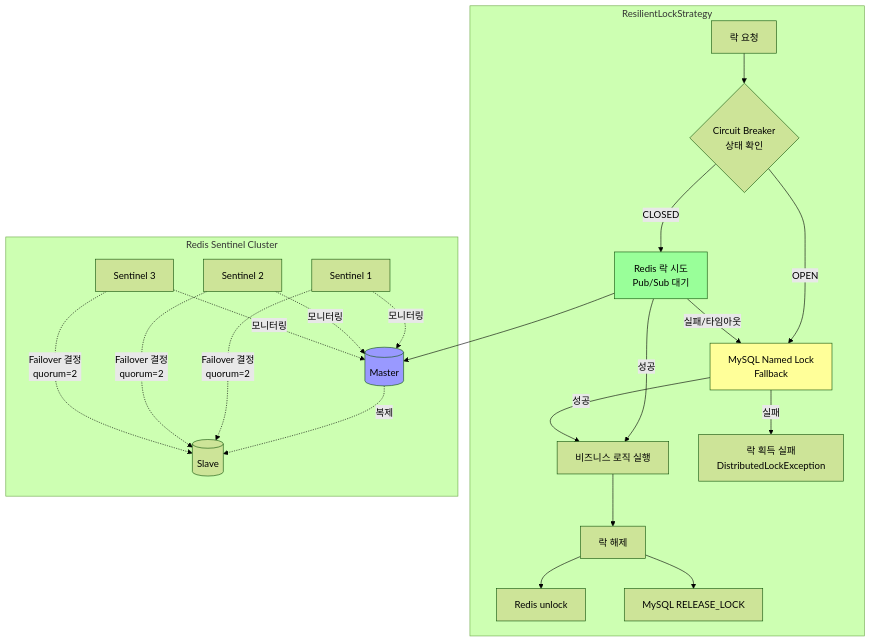
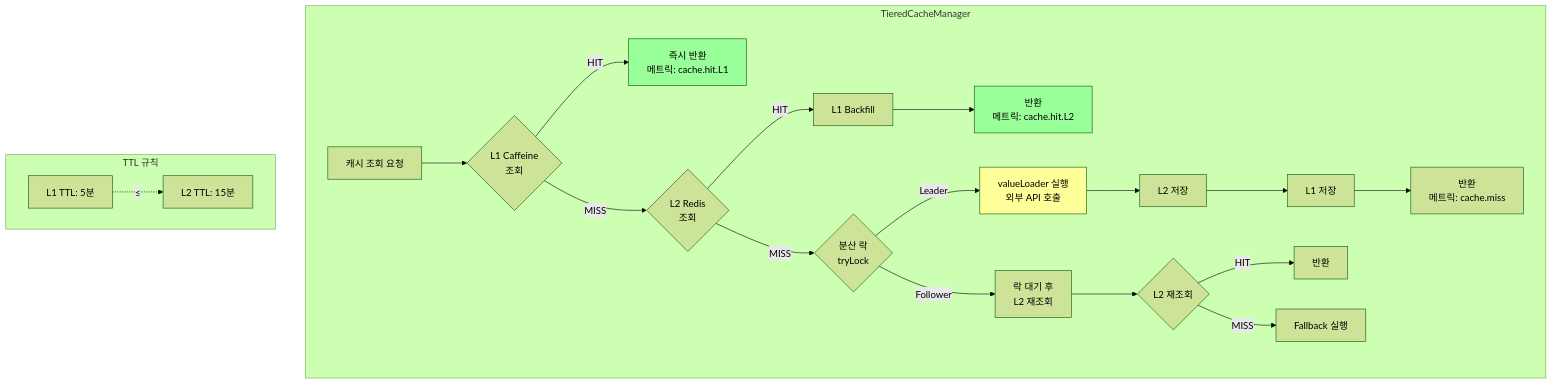
One commit to zbnerd/MapleExpectation changed the third of 7 diagrams in docs/PORTFOLIO.md. Above: the diagram before and after it, drawn with Mermaid (forest theme). The commit also changed other lines of this file and 2 other files, not shown here.

````diff
--- a/docs/PORTFOLIO.md
+++ b/docs/PORTFOLIO.md
@@ -348,37 +292,35 @@
 ```mermaid
 flowchart TD
-    subgraph "ResilientLockStrategy"
-        REQ[락 요청] --> CB{Circuit Breaker<br/>상태 확인}
+    subgraph "TieredCacheManager"
+        REQ[캐시 조회 요청] --> L1{L1 Caffeine<br/>조회}
 
-        CB -->|CLOSED| REDIS[Redis 락 시도<br/>Pub/Sub 대기]
-        CB -->|OPEN| MYSQL[MySQL Named Lock<br/>Fallback]
+        L1 -->|HIT| RETURN_L1[즉시 반환<br/>메트릭: cache.hit.L1]
+        L1 -->|MISS| L2{L2 Redis<br/>조회}
 
-        REDIS -->|성공| TASK[비즈니스 로직 실행]
-        REDIS -->|실패/타임아웃| MYSQL
+        L2 -->|HIT| BACKFILL_L1[L1 Backfill]
+        BACKFILL_L1 --> RETURN_L2[반환<br/>메트릭: cache.hit.L2]
 
-        MYSQL -->|성공| TASK
-        MYSQL -->|실패| REJECT[락 획득 실패<br/>DistributedLockException]
+        L2 -->|MISS| LOCK{분산 락<br/>tryLock}
 
-        TASK --> UNLOCK[락 해제]
-        UNLOCK --> REDIS_UNLOCK[Redis unlock]
-        UNLOCK --> MYSQL_UNLOCK[MySQL RELEASE_LOCK]
+        LOCK -->|Leader| LOAD[valueLoader 실행<br/>외부 API 호출]
+        LOCK -->|Follower| WAIT[락 대기 후<br/>L2 재조회]
+
+        LOAD --> WRITE_L2[L2 저장]
+        WRITE_L2 --> WRITE_L1[L1 저장]
+        WRITE_L1 --> RETURN_NEW[반환<br/>메트릭: cache.miss]
+
+        WAIT --> L2_RETRY{L2 재조회}
+        L2_RETRY -->|HIT| RETURN_WAIT[반환]
+        L2_RETRY -->|MISS| FALLBACK[Fallback 실행]
     end
 
-    subgraph "Redis Sentinel Cluster"
-        MASTER[(Master)]
-        SLAVE[(Slave)]
-        S1[Sentinel 1]
-        S2[Sentinel 2]
-        S3[Sentinel 3]
-
-        MASTER -.->|복제| SLAVE
-        S1 & S2 & S3 -.->|모니터링| MASTER
-        S1 & S2 & S3 -.->|Failover 결정<br/>quorum=2| SLAVE
+    subgraph "TTL 규칙"
+        TTL_L1[L1 TTL: 5분]
+        TTL_L2[L2 TTL: 15분]
+        TTL_L1 -.->|≤| TTL_L2
     end
 
-    REDIS --> MASTER
-
-    style REDIS fill:#9f9
-    style MYSQL fill:#ff9
-    style MASTER fill:#99f
+    style RETURN_L1 fill:#9f9
+    style RETURN_L2 fill:#9f9
+    style LOAD fill:#ff9
 ```
````
